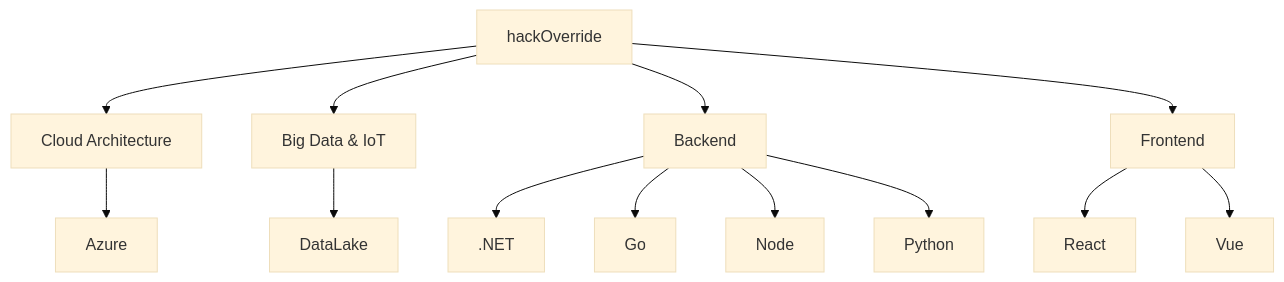
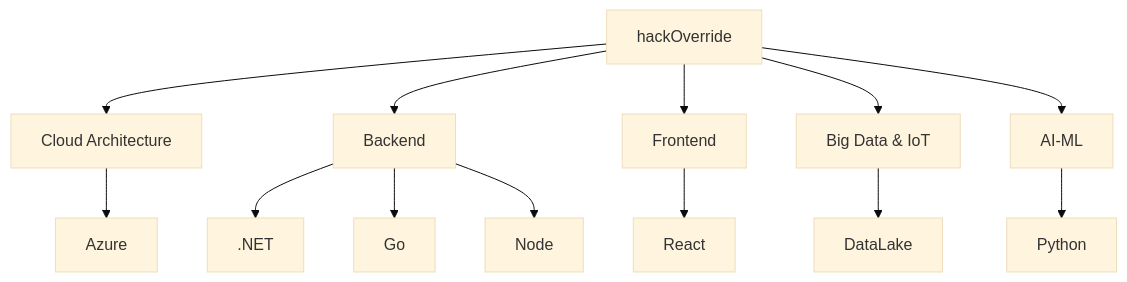
One commit to hackoverride/hackoverride changed the diagram in README.md. Above: the diagram before and after it, drawn with Mermaid (base theme). The commit also changed other lines of this file, not shown here.

````diff
--- a/README.md
+++ b/README.md
@@ -5,15 +9,19 @@
 ```mermaid
   graph TD;
       A[hackOverride]-->B[Cloud Architecture];
+      A-->D[Backend];
+      A-->E[Frontend];
+      A-->C[Big Data & IoT];
+      A-->M[AI-ML]
+      M-->O[Python]
+
       B-->K[Azure];
-      A-->C[Big Data & IoT];
+
       C-->F[DataLake];
-      A-->D[Backend];
+
       D-->G[.NET];
       D-->H[Go];
       D-->I[Node];
-      D-->M[Python];
-      A-->E[Frontend];
+
       E-->J[React];
-      E-->L[Vue];
 ```
````
